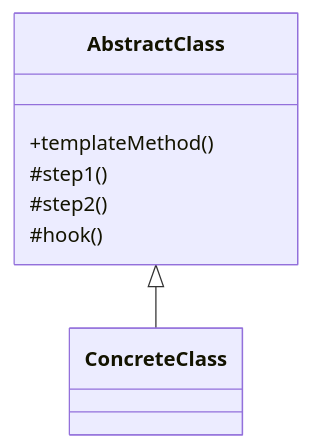
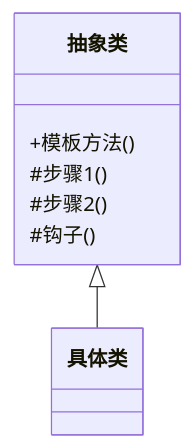
Before and after one commit to xlb3055/newBlog: the diagram in src/设计模式/行为模式/模板方法模式.md, drawn with Mermaid. The commit also changed other lines of this file and 17 other files, not shown here.

````diff
--- a/src/设计模式/行为模式/模板方法模式.md
+++ b/src/设计模式/行为模式/模板方法模式.md
@@ -32,12 +32,12 @@
 ```mermaid
 classDiagram
-    class AbstractClass {
-      +templateMethod()
-      #step1()
-      #step2()
-      #hook()
+    class 抽象类 {
+      +模板方法()
+      #步骤1()
+      #步骤2()
+      #钩子()
     }
-    class ConcreteClass
+    class 具体类
 
-    AbstractClass <|-- ConcreteClass
+    抽象类 <|-- 具体类
 ```
````
